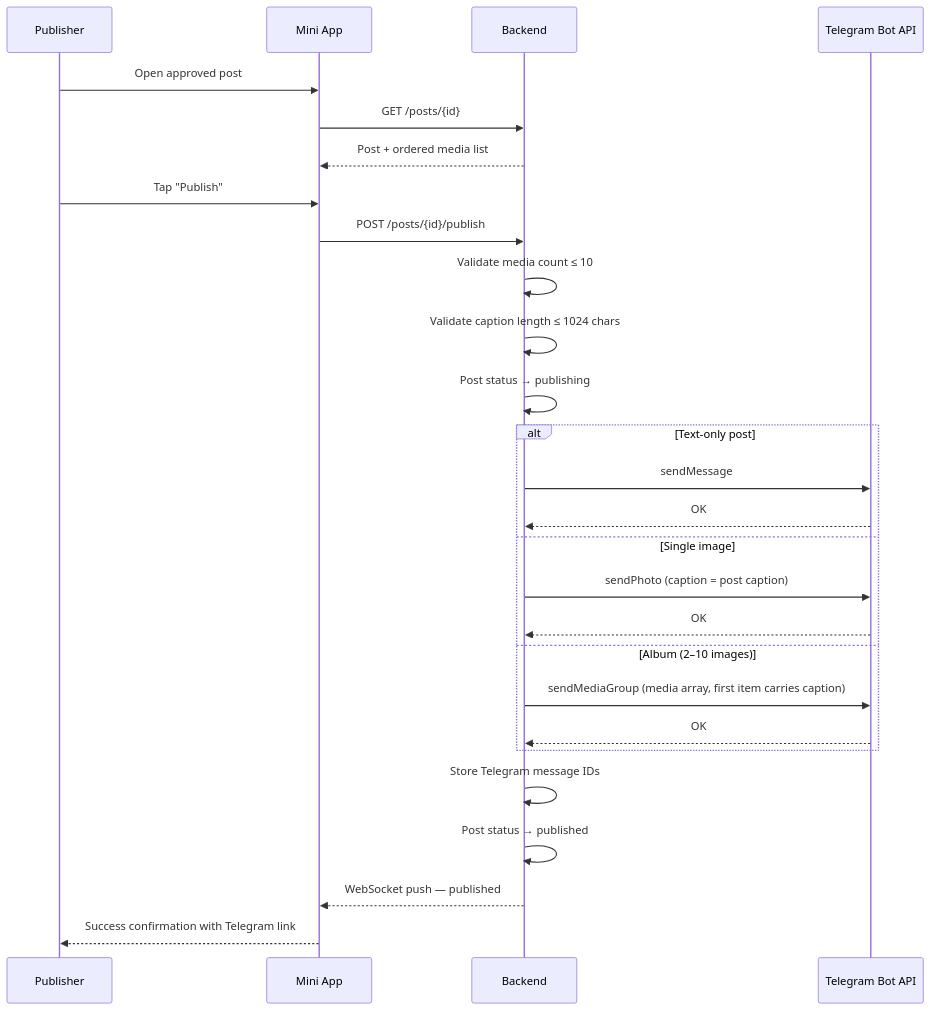
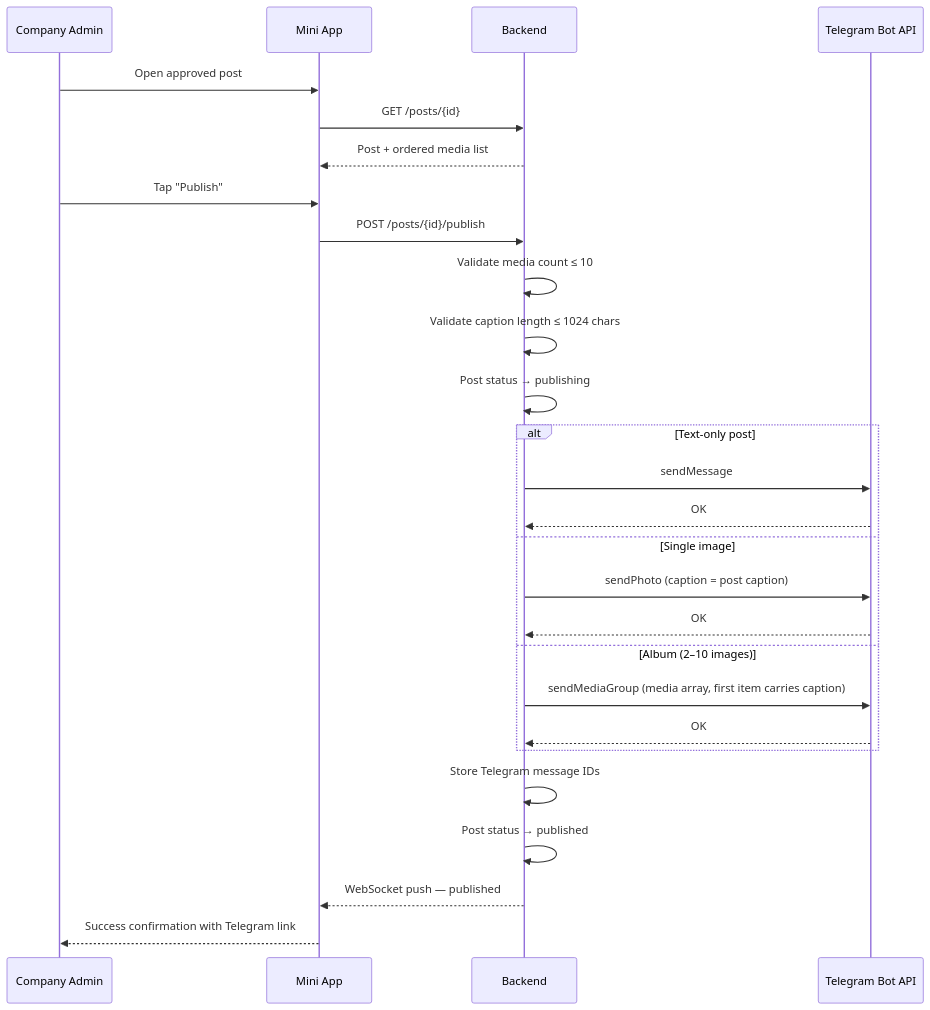
One commit to Lido01/socialpilot-ai changed diagram 11 of 12 in docs/07-user-flows-and-state-machines.md. Above: the diagram before and after it, drawn with Mermaid. The commit also changed other lines of this file, not shown here.

Commit message:
docs: update user flows and state machines for 3-role model (Company Admin, Content Creator)

````diff
--- a/docs/07-user-flows-and-state-machines.md
+++ b/docs/07-user-flows-and-state-machines.md
@@ -394,32 +394,32 @@
 ```mermaid
 sequenceDiagram
-    participant U as Publisher
+    participant U as Company Admin
     participant MA as Mini App
     participant BE as Backend
     participant TG as Telegram Bot API
 
     U->>MA: Open approved post
     MA->>BE: GET /posts/{id}
     BE-->>MA: Post + ordered media list
     U->>MA: Tap "Publish"
     MA->>BE: POST /posts/{id}/publish
     BE->>BE: Validate media count ≤ 10
     BE->>BE: Validate caption length ≤ 1024 chars
     BE->>BE: Post status → publishing
 
     alt Text-only post
         BE->>TG: sendMessage
         TG-->>BE: OK
     else Single image
         BE->>TG: sendPhoto (caption = post caption)
         TG-->>BE: OK
     else Album (2–10 images)
         BE->>TG: sendMediaGroup (media array, first item carries caption)
         TG-->>BE: OK
     end
 
     BE->>BE: Store Telegram message IDs
     BE->>BE: Post status → published
     BE-->>MA: WebSocket push — published
     MA-->>U: Success confirmation with Telegram link
 ```
````
